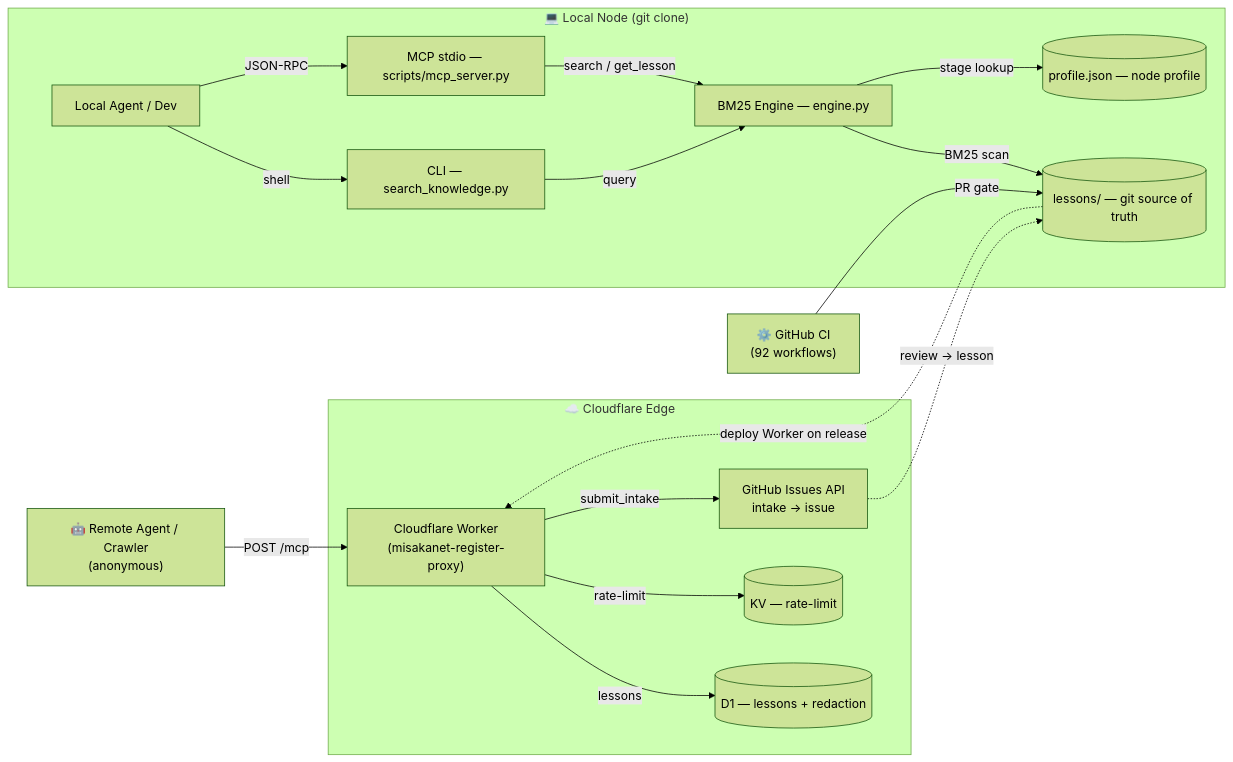
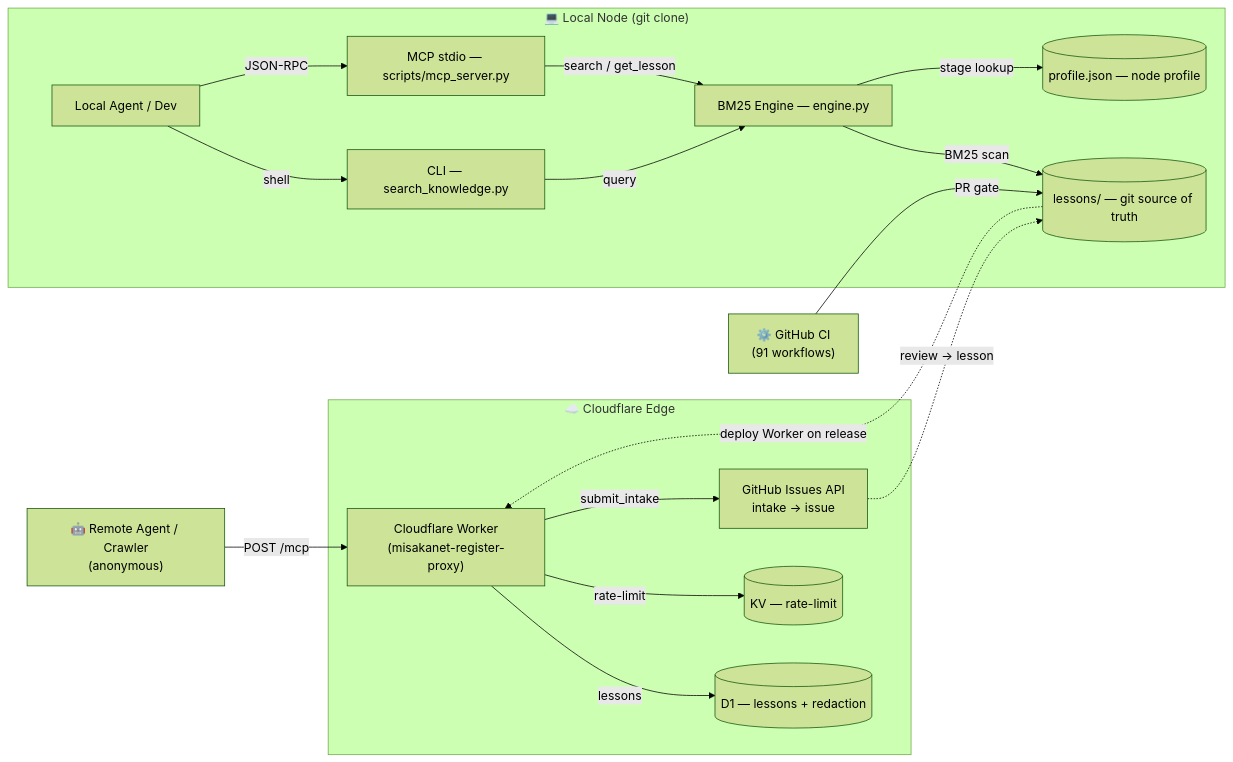
One commit to Ikalus1988/MisakaNet changed the diagram in ARCHITECTURE.md. Above: the diagram before and after it, drawn with Mermaid (forest theme). The commit also changed other lines of this file and 6 other files, not shown here.

````diff
--- a/ARCHITECTURE.md
+++ b/ARCHITECTURE.md
@@ -131,37 +131,37 @@
 ```mermaid
 flowchart LR
     subgraph Edge["☁️ Cloudflare Edge"]
         Worker["Cloudflare Worker<br/>(misakanet-register-proxy)"]
         D1[("D1 — lessons + redaction")]
         KV[("KV — rate-limit")]
         Intake["GitHub Issues API<br/>intake → issue"]
     end
 
     subgraph Local["💻 Local Node (git clone)"]
         User["Local Agent / Dev"]
         CLI["CLI — search_knowledge.py"]
         MCP["MCP stdio — scripts/mcp_server.py"]
         Engine["BM25 Engine — engine.py"]
         Lessons[("lessons/ — git source of truth")]
         Profile[("profile.json — node profile")]
     end
 
     Crawler["🤖 Remote Agent / Crawler<br/>(anonymous)"]
-    CI["⚙️ GitHub CI<br/>(92 workflows)"]
+    CI["⚙️ GitHub CI<br/>(91 workflows)"]
 
     Crawler -- "POST /mcp" --> Worker
     Worker -- "lessons" --> D1
     Worker -- "rate-limit" --> KV
     Worker -- "submit_intake" --> Intake
     Intake -. "review → lesson" .-> Lessons
 
     User -- "shell" --> CLI
     User -- "JSON-RPC" --> MCP
     CLI -- "query" --> Engine
     MCP -- "search / get_lesson" --> Engine
     Engine -- "BM25 scan" --> Lessons
     Engine -- "stage lookup" --> Profile
 
     CI -- "PR gate" --> Lessons
     Lessons -. "deploy Worker on release" .-> Worker
 ```
````
